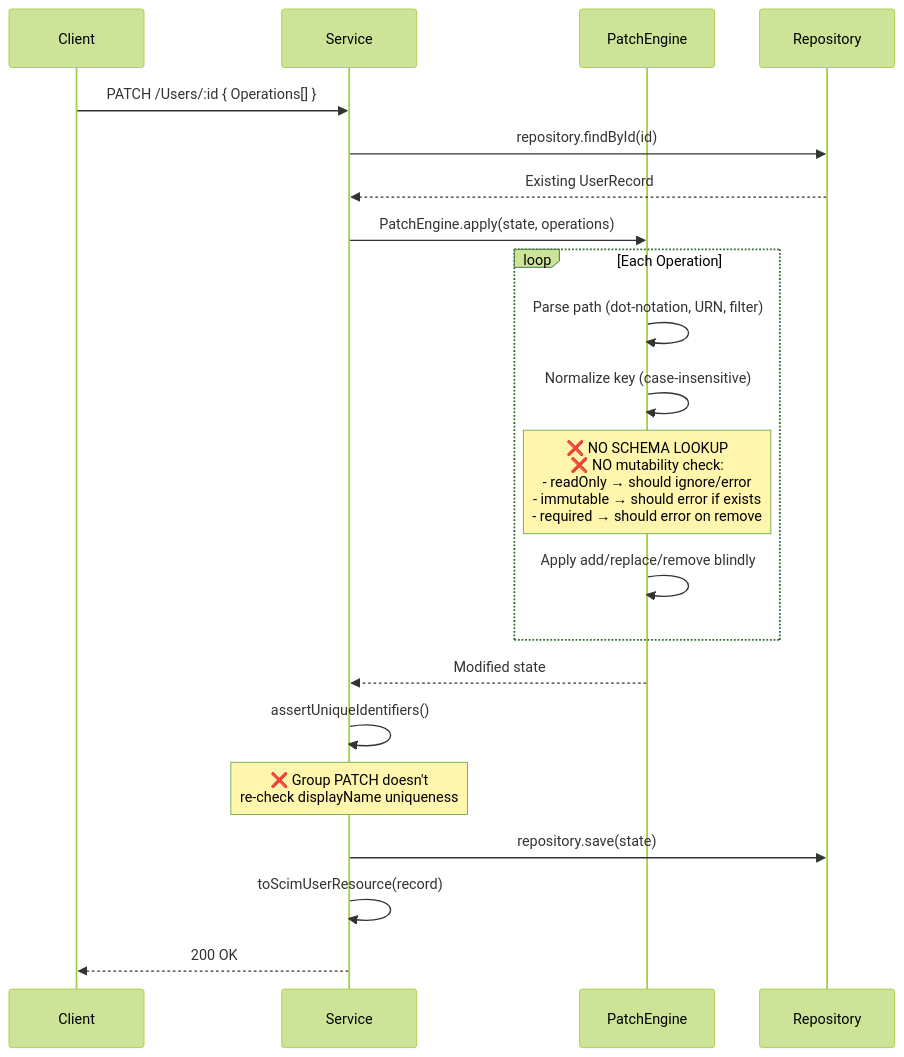
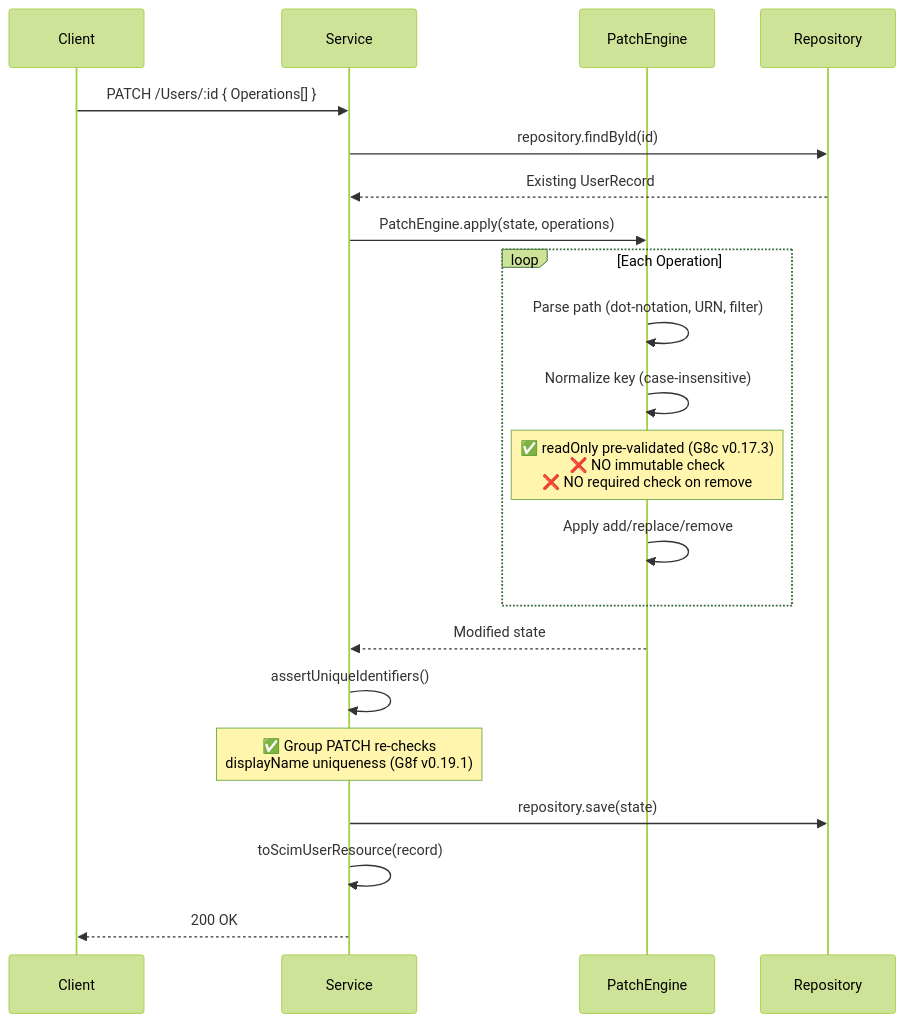
One commit to pranems/SCIMServer changed the tenth of 15 diagrams in docs/RFC_ATTRIBUTE_CHARACTERISTICS_ANALYSIS.md. Above: the diagram before and after it, drawn with Mermaid (forest theme). The commit also changed other lines of this file and 5 other files, not shown here.

````diff
--- a/docs/RFC_ATTRIBUTE_CHARACTERISTICS_ANALYSIS.md
+++ b/docs/RFC_ATTRIBUTE_CHARACTERISTICS_ANALYSIS.md
@@ -692,30 +693,30 @@
 ```mermaid
 sequenceDiagram
     participant C as Client
     participant SVC as Service
     participant PE as PatchEngine
     participant DB as Repository
 
     C->>SVC: PATCH /Users/:id { Operations[] }
 
     SVC->>DB: repository.findById(id)
     DB-->>SVC: Existing UserRecord
 
     SVC->>PE: PatchEngine.apply(state, operations)
 
     loop Each Operation
         PE->>PE: Parse path (dot-notation, URN, filter)
         PE->>PE: Normalize key (case-insensitive)
-        Note over PE: ❌ NO SCHEMA LOOKUP<br/>❌ NO mutability check:<br/>  - readOnly → should ignore/error<br/>  - immutable → should error if exists<br/>  - required → should error on remove
-        PE->>PE: Apply add/replace/remove blindly
+        Note over PE: ✅ readOnly pre-validated (G8c v0.17.3)<br/>❌ NO immutable check<br/>❌ NO required check on remove
+        PE->>PE: Apply add/replace/remove
     end
 
     PE-->>SVC: Modified state
 
     SVC->>SVC: assertUniqueIdentifiers()
-    Note over SVC: ❌ Group PATCH doesn't<br/>re-check displayName uniqueness
+    Note over SVC: ✅ Group PATCH re-checks<br/>displayName uniqueness (G8f v0.19.1)
 
     SVC->>DB: repository.save(state)
     SVC->>SVC: toScimUserResource(record)
     SVC-->>C: 200 OK
 ```
````
